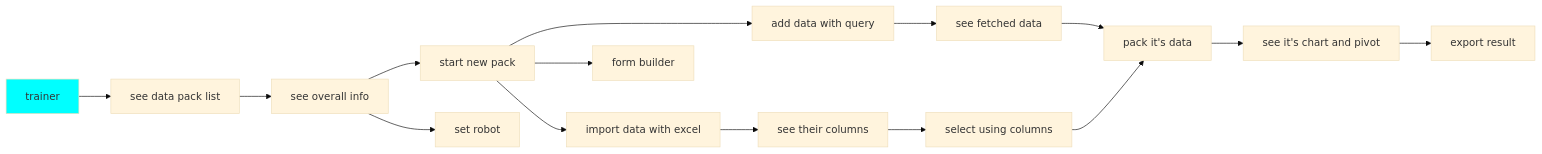
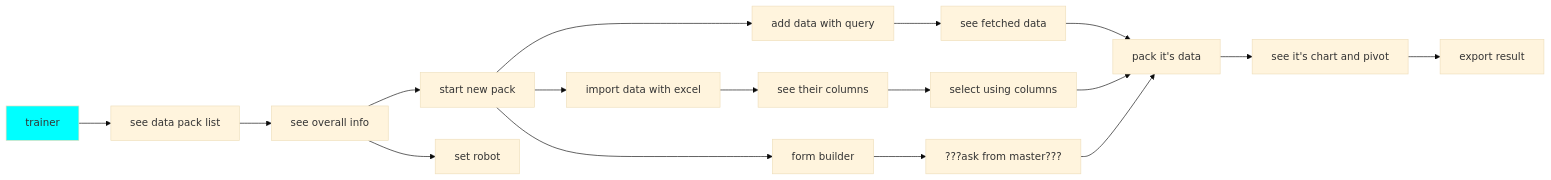
Before and after one commit to imiiii/Wiki-For-ML-Project: the fourth of 4 diagrams in Test/SubPage.md, drawn with Mermaid (base theme).

Commit message:
Updated SubPage

```diff
--- a/Test/SubPage.md
+++ b/Test/SubPage.md
@@ -64,9 +64,9 @@
 ::: mermaid
  graph LR;
 style xd1 fill:#00FFFF
 
 xd1[trainer] --> xd2[see data pack list] --> xd3[see overall info] --> xd4[start new pack] --> xd6[add data with query] --> xd7[see fetched data] --> xd8[pack it's data] --> xd9[see it's chart and pivot] --> xd10[export result]
 xd3--> xd5[set robot]
 xd4 --> xd11[import data with excel] --> xd12[see their columns] --> xd13[select using columns] --> xd8
-xd4 --> xd14[form builder]
+xd4 --> xd14[form builder]--> xd15[???ask from master???] --> xd8
 :::
```
